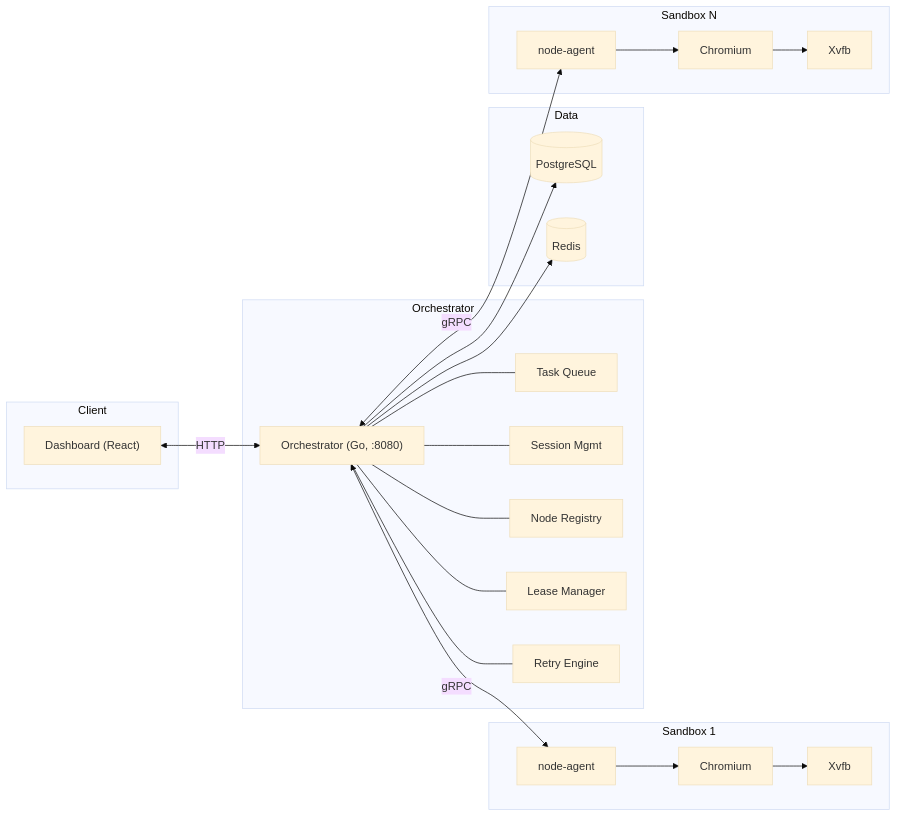
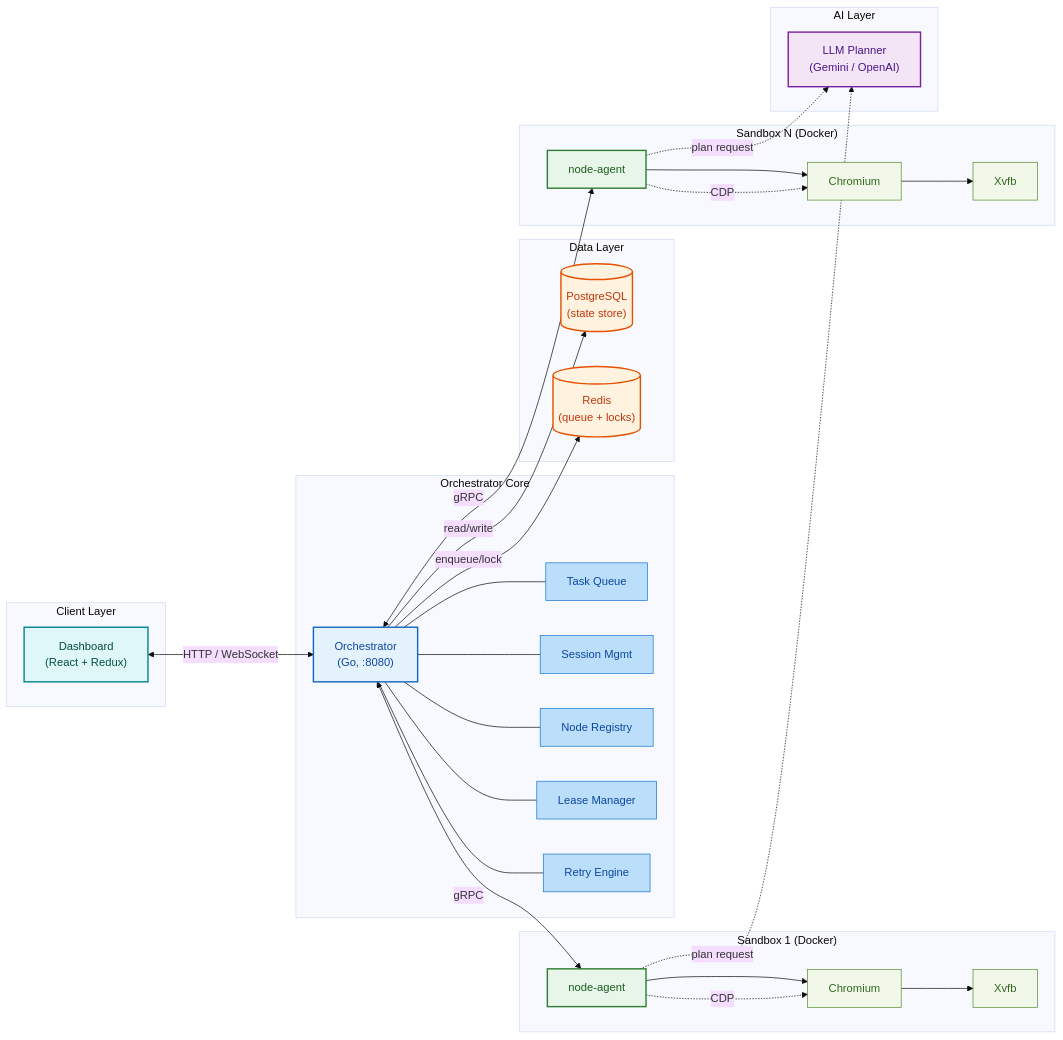
One commit to VenkatGGG/Browser-use changed the second of 2 diagrams in README.md. Above: the diagram before and after it, drawn with Mermaid (base theme). The commit also changed other lines of this file, not shown here.

Commit message:
docs: add color-coded Mermaid diagrams with classDef styling

````diff
--- a/README.md
+++ b/README.md
@@ -67,36 +76,57 @@
 ```mermaid
 flowchart LR
-    subgraph Client
-        DASH["Dashboard (React)"]
+    subgraph CLIENT ["Client Layer"]
+        DASH["Dashboard\n(React + Redux)"]:::client
     end
 
-    subgraph Orchestrator
-        ORC["Orchestrator (Go, :8080)"]
-        ORC --- TQ["Task Queue"]
-        ORC --- SM["Session Mgmt"]
-        ORC --- NR["Node Registry"]
-        ORC --- LM["Lease Manager"]
-        ORC --- RE["Retry Engine"]
+    subgraph CORE ["Orchestrator Core"]
+        ORC["Orchestrator\n(Go, :8080)"]:::orch
+        TQ["Task Queue"]:::orch_int
+        SM["Session Mgmt"]:::orch_int
+        NR["Node Registry"]:::orch_int
+        LM["Lease Manager"]:::orch_int
+        RE["Retry Engine"]:::orch_int
+        ORC --- TQ
+        ORC --- SM
+        ORC --- NR
+        ORC --- LM
+        ORC --- RE
     end
 
-    subgraph Data
-        PG[("PostgreSQL")]
-        RD[("Redis")]
+    subgraph STORE ["Data Layer"]
+        PG[("PostgreSQL\n(state store)")]:::data
+        RD[("Redis\n(queue + locks)")]:::data
     end
 
-    subgraph Sandbox 1
-        NA1["node-agent"] --> CR1["Chromium"]
-        CR1 --> XV1["Xvfb"]
+    subgraph SB1 ["Sandbox 1 (Docker)"]
+        NA1["node-agent"]:::agent --> CR1["Chromium"]:::browser
+        CR1 --> XV1["Xvfb"]:::browser
+        NA1 -.->|CDP| CR1
     end
 
-    subgraph Sandbox N
-        NAN["node-agent"] --> CRN["Chromium"]
-        CRN --> XVN["Xvfb"]
+    subgraph SBN ["Sandbox N (Docker)"]
+        NAN["node-agent"]:::agent --> CRN["Chromium"]:::browser
+        CRN --> XVN["Xvfb"]:::browser
+        NAN -.->|CDP| CRN
     end
 
-    DASH <-->|HTTP| ORC
-    ORC <-->|gRPC| NA1
-    ORC <-->|gRPC| NAN
-    ORC --> PG
-    ORC --> RD
+    subgraph LLM ["AI Layer"]
+        PLAN["LLM Planner\n(Gemini / OpenAI)"]:::ai
+    end
+
+    DASH <-->|"HTTP / WebSocket"| ORC
+    ORC <-->|"gRPC"| NA1
+    ORC <-->|"gRPC"| NAN
+    ORC -->|"read/write"| PG
+    ORC -->|"enqueue/lock"| RD
+    NA1 -.->|"plan request"| PLAN
+    NAN -.->|"plan request"| PLAN
+
+    classDef client fill:#e0f7fa,stroke:#00838f,color:#004d40,stroke-width:2px
+    classDef orch fill:#e3f2fd,stroke:#1565c0,color:#0d47a1,stroke-width:2px
+    classDef orch_int fill:#bbdefb,stroke:#1976d2,color:#0d47a1,stroke-width:1px
+    classDef data fill:#fff3e0,stroke:#e65100,color:#bf360c,stroke-width:2px
+    classDef agent fill:#e8f5e9,stroke:#2e7d32,color:#1b5e20,stroke-width:2px
+    classDef browser fill:#f1f8e9,stroke:#558b2f,color:#33691e,stroke-width:1px
+    classDef ai fill:#f3e5f5,stroke:#7b1fa2,color:#4a148c,stroke-width:2px
 ```
````
